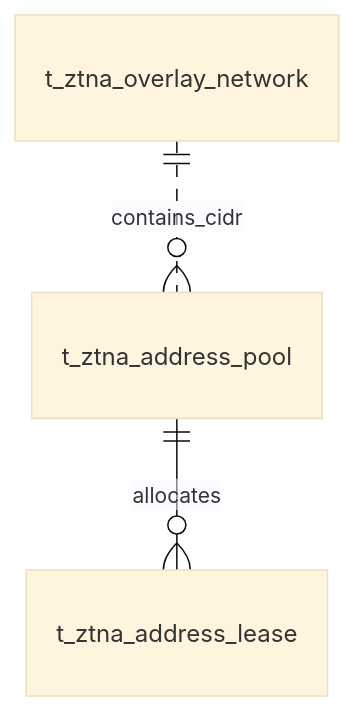
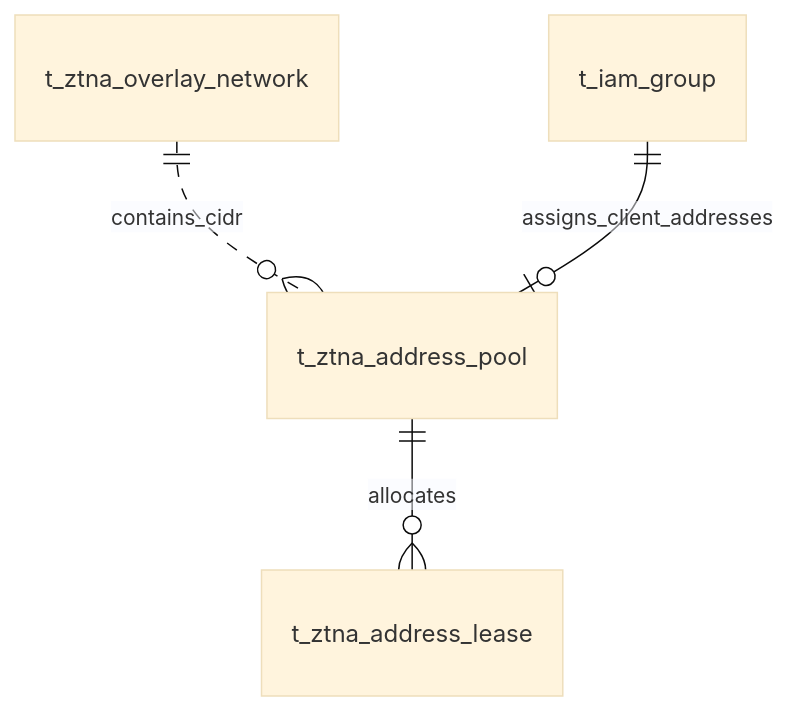
The diagram in docs/database/design/ztna_ipam_data_design.md (shengzhi/velotrust), drawn with Mermaid (base theme) before and after one commit. The commit also changed other lines of this file and 106 other files, not shown here.

````diff
--- a/docs/database/design/ztna_ipam_data_design.md
+++ b/docs/database/design/ztna_ipam_data_design.md
@@ -15,5 +15,6 @@
 ```mermaid
 erDiagram
     t_ztna_overlay_network ||..o{ t_ztna_address_pool : contains_cidr
     t_ztna_address_pool ||--o{ t_ztna_address_lease : allocates
+    t_iam_group ||--o| t_ztna_address_pool : assigns_client_addresses
 ```
````
